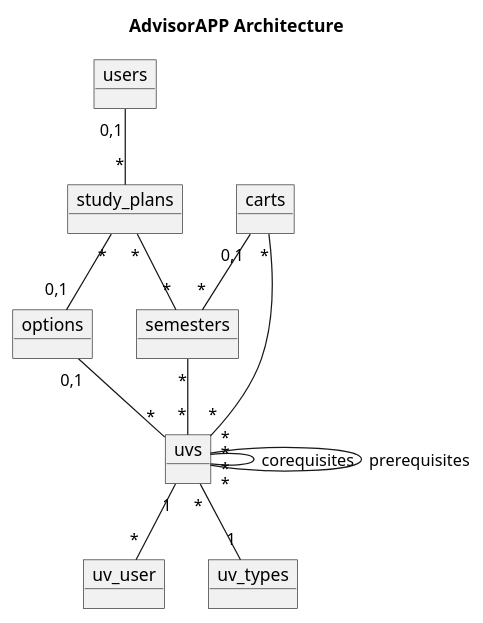
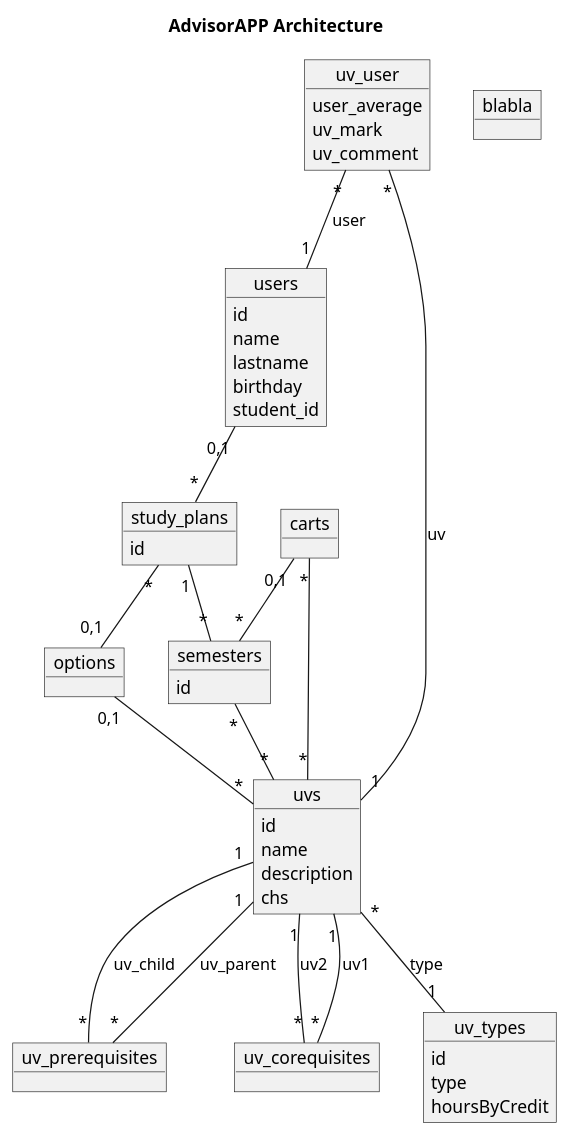
The diagram in Architecture/model_architecture.puml (AdvisorApp/API), drawn with PlantUML before and after one commit.

Commit message:
[ADV-5] finish puml architecture metadata

```diff
--- a/Architecture/model_architecture.puml
+++ b/Architecture/model_architecture.puml
@@ -1,41 +1,77 @@
 @startuml
 
 title "AdvisorAPP Architecture"
 
 object users {
+id
+name
+lastname
+birthday
+student_id
 }
 
 object uv_user {
+    user_average
+    uv_mark
+    uv_comment
 }
 
 object uvs {
+id
+name
+description
+
+chs
 }
 
 object study_plans {
+id
+
 }
 
 object options {
 }
 
 object semesters {
+    id
 }
 
 object carts {
 }
 
-object uv_types {
+object uv_prerequisites {
 }
 
-uvs "1" -- "*" uv_user
+object uv_corequisites {
+}
+
+object uv_types {
+id
+type
+hoursByCredit
+}
+
+object blabla {
+}
+
+uvs "1" -- "*" uv_prerequisites : uv_parent
+uvs "1" -- "*" uv_prerequisites : uv_child
+
+uvs "1" -- "*" uv_corequisites : uv1
+uvs "1" -- "*" uv_corequisites : uv2
+
+
+uv_user "*" -- "1" users : user
+uv_user  "*" -- "1" uvs : uv
+
 users "0,1" -- "*" study_plans
 study_plans "*" -- "0,1" options
 options "0,1" -- "*" uvs
-study_plans "*" -- "*" semesters
+study_plans "1" -- "*" semesters
 semesters "*" -- "*" uvs
 carts "0,1" -- "*" semesters
 carts "*" -- "*" uvs
-uvs "*" -- "*" uvs : corequisites
-uvs "*" -- "*" uvs : prerequisites
-uvs "*" -- "1" uv_types
+
+uvs "*" -- "1" uv_types : type
 
 @enduml
```
